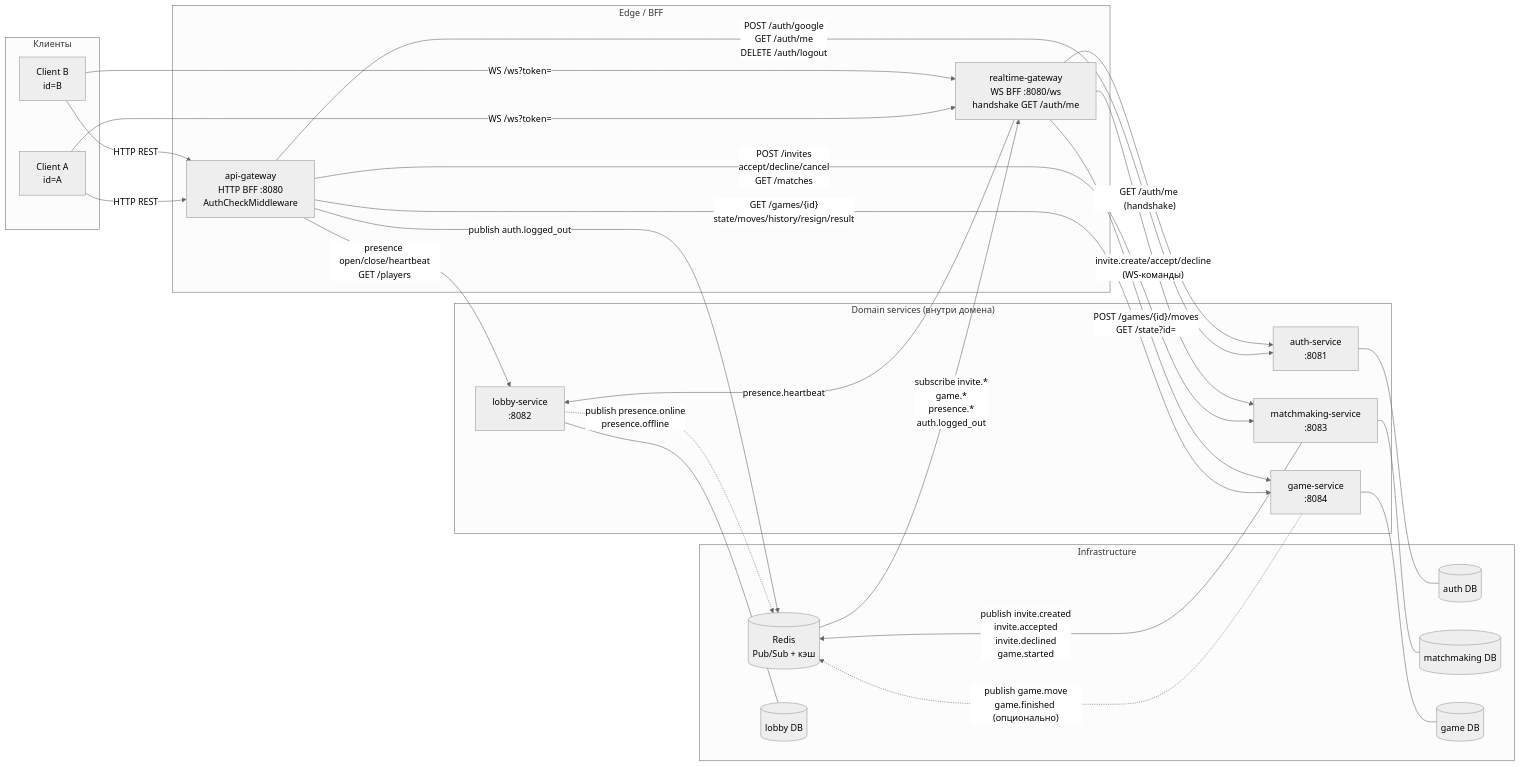
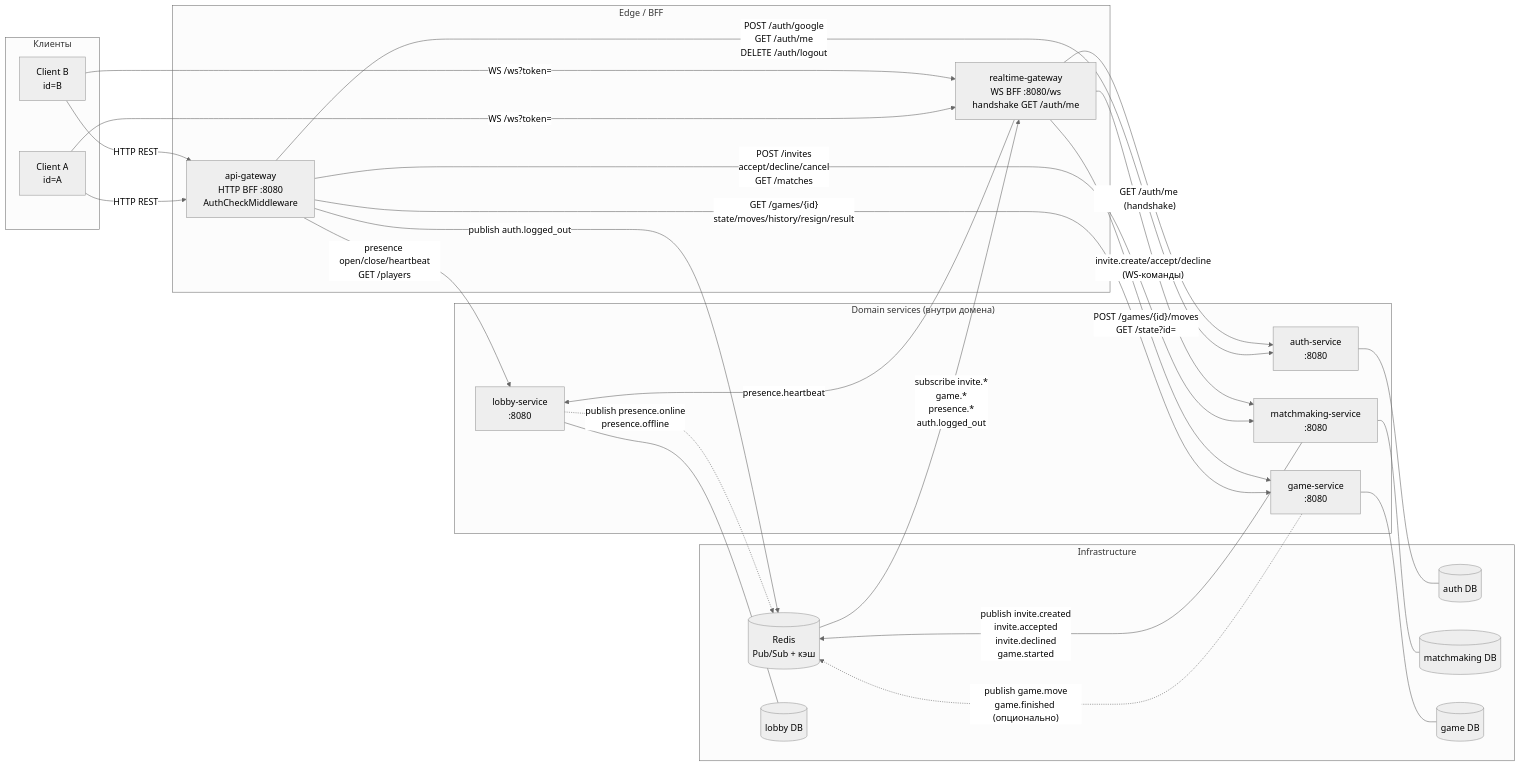
Before and after one commit to IdkWhatToWriteHereOhManItWasAlreadyUsed/Durak3: the diagram in backend/Шедевросхема.mermaid, drawn with Mermaid (neutral theme). The commit also changed 47 other files, not shown here.

```diff
--- a/backend/Шедевросхема.mermaid
+++ b/backend/Шедевросхема.mermaid
@@ -1,58 +1,58 @@
 flowchart LR
     subgraph Clients["Клиенты"]
         A["Client A<br/>id=A"]
         B["Client B<br/>id=B"]
     end
 
     subgraph Edge["Edge / BFF"]
         GW["api-gateway<br/>HTTP BFF :8080<br/>AuthCheckMiddleware"]
         RT["realtime-gateway<br/>WS BFF :8080/ws<br/>handshake GET /auth/me"]
     end
 
     subgraph Domain["Domain services (внутри домена)"]
-        AUTH["auth-service<br/>:8081"]
-        LOBBY["lobby-service<br/>:8082"]
-        MM["matchmaking-service<br/>:8083"]
-        GAME["game-service<br/>:8084"]
+        AUTH["auth-service<br/>:8080"]
+        LOBBY["lobby-service<br/>:8080"]
+        MM["matchmaking-service<br/>:8080"]
+        GAME["game-service<br/>:8080"]
     end
 
     subgraph Infra["Infrastructure"]
         REDIS[("Redis<br/>Pub/Sub + кэш")]
         ADB[("auth DB")]
         LDB[("lobby DB")]
         MDB[("matchmaking DB")]
         GDB[("game DB")]
     end
 
     %% Клиенты → гейтвеи
     A -- "HTTP REST" --> GW
     B -- "HTTP REST" --> GW
     A -- "WS /ws?token=" --> RT
     B -- "WS /ws?token=" --> RT
 
     %% api-gateway → домен (HTTP)
     GW -- "POST /auth/google<br/>GET /auth/me<br/>DELETE /auth/logout" --> AUTH
     GW -- "presence open/close/heartbeat<br/>GET /players" --> LOBBY
     GW -- "POST /invites<br/>accept/decline/cancel<br/>GET /matches" --> MM
     GW -- "GET /games/{id}<br/>state/moves/history/resign/result" --> GAME
 
     %% realtime-gateway → домен (HTTP, sync)
     RT -- "GET /auth/me (handshake)" --> AUTH
     RT -- "presence.heartbeat" --> LOBBY
     RT -- "invite.create/accept/decline<br/>(WS-команды)" --> MM
     RT -- "POST /games/{id}/moves<br/>GET /state?id=" --> GAME
 
     %% Domain → Event Bus
     MM -- "publish invite.created<br/>invite.accepted<br/>invite.declined<br/>game.started" --> REDIS
     GAME -. "publish game.move<br/>game.finished (опционально)" .-> REDIS
     LOBBY -. "publish presence.online<br/>presence.offline" .-> REDIS
     GW -- "publish auth.logged_out" --> REDIS
 
     %% Event Bus → realtime-gateway
     REDIS -- "subscribe invite.*<br/>game.*<br/>presence.*<br/>auth.logged_out" --> RT
 
     %% Domain → БД
     AUTH --- ADB
     LOBBY --- LDB
     MM --- MDB
     GAME --- GDB
```
